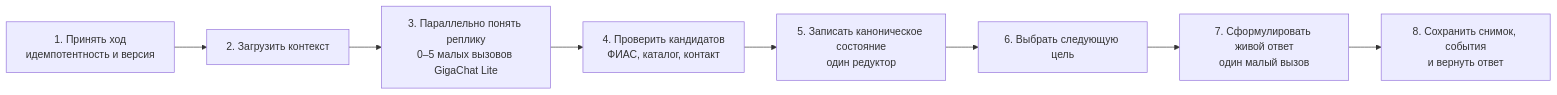
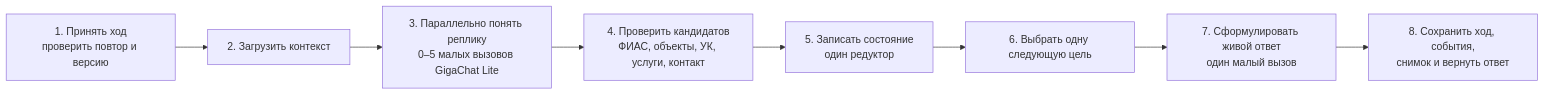
One commit to vladimir-chernikin/komunal-dom changed the diagram in docs/ARCHITECTURE.md. Above: the diagram before and after it, drawn with Mermaid. The commit also changed other lines of this file and 22 other files, not shown here.

````diff
--- a/docs/ARCHITECTURE.md
+++ b/docs/ARCHITECTURE.md
@@ -17,10 +13,10 @@
 ```mermaid
 flowchart LR
-    A["1. Принять ход<br/>идемпотентность и версия"] --> B["2. Загрузить контекст"]
+    A["1. Принять ход<br/>проверить повтор и версию"] --> B["2. Загрузить контекст"]
     B --> C["3. Параллельно понять реплику<br/>0–5 малых вызовов GigaChat Lite"]
-    C --> D["4. Проверить кандидатов<br/>ФИАС, каталог, контакт"]
-    D --> E["5. Записать каноническое состояние<br/>один редуктор"]
-    E --> F["6. Выбрать следующую цель"]
+    C --> D["4. Проверить кандидатов<br/>ФИАС, объекты, УК, услуги, контакт"]
+    D --> E["5. Записать состояние<br/>один редуктор"]
+    E --> F["6. Выбрать одну следующую цель"]
     F --> G["7. Сформулировать живой ответ<br/>один малый вызов"]
-    G --> H["8. Сохранить снимок, события<br/>и вернуть ответ"]
+    G --> H["8. Сохранить ход, события,<br/>снимок и вернуть ответ"]
 ```
````
